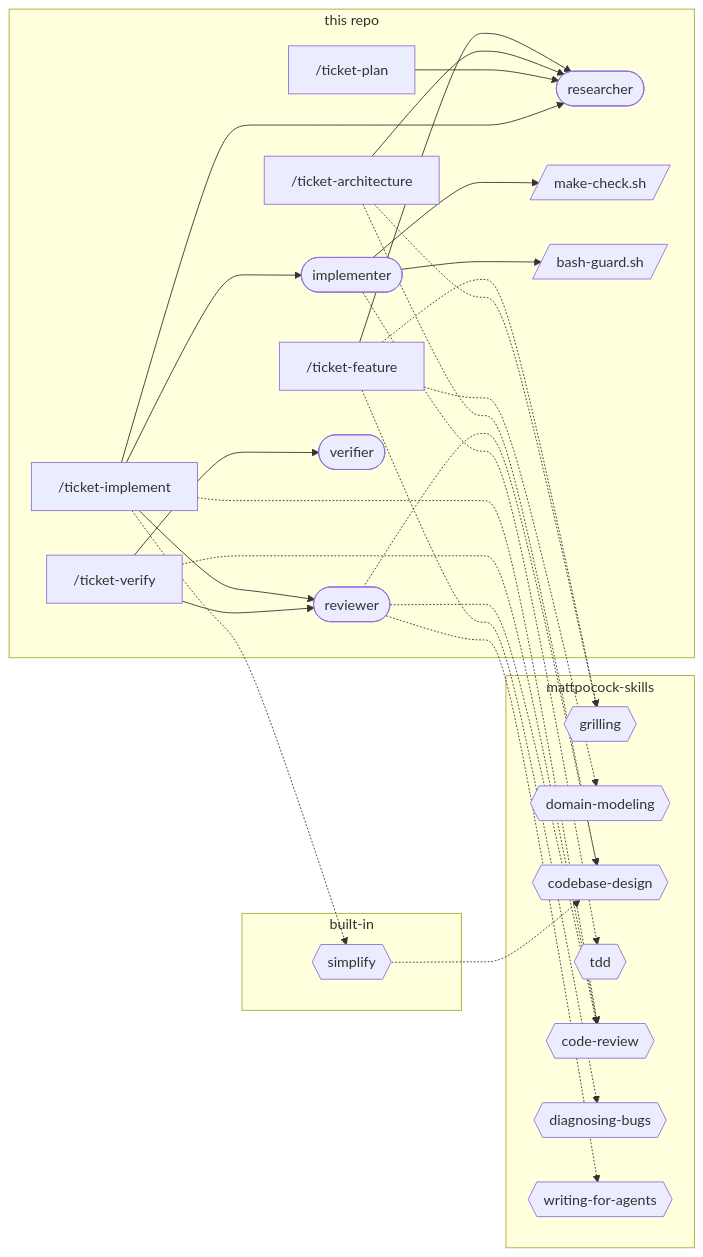
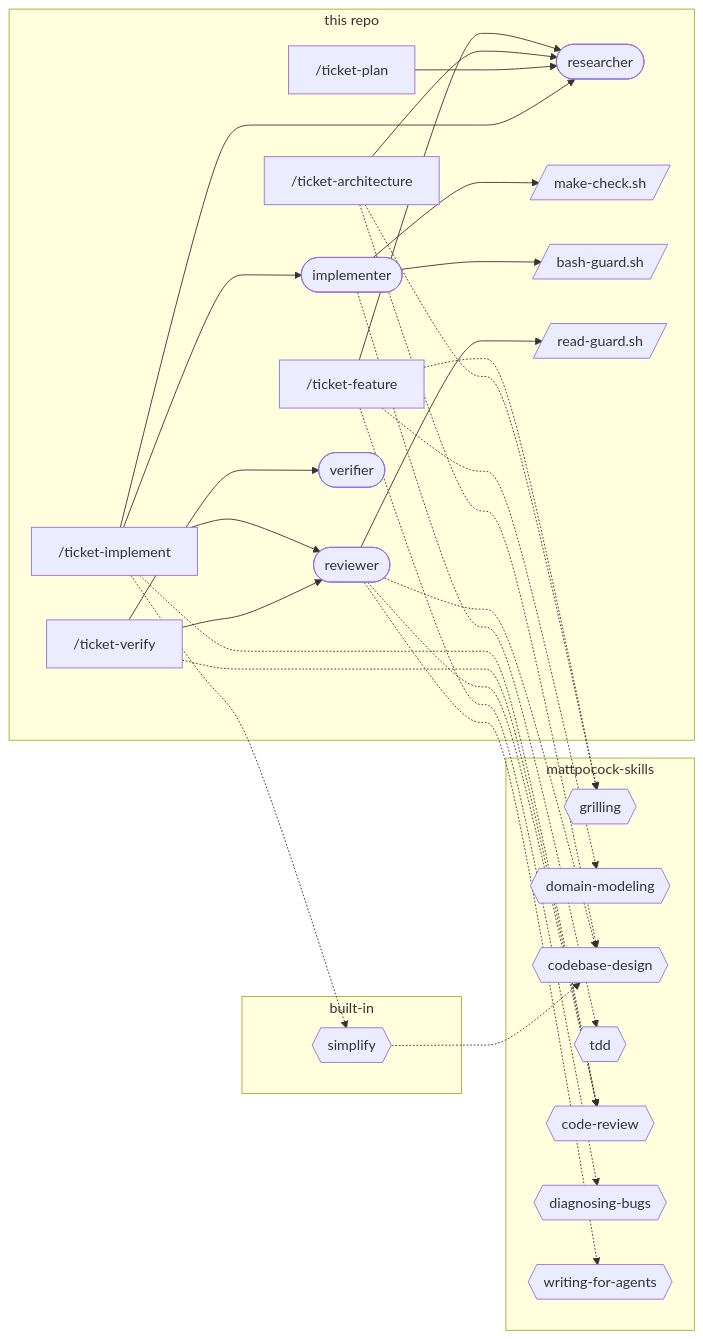
Before and after one commit to khotei/app-template: the second of 3 diagrams in docs/knowledge/sdd.md, drawn with Mermaid. The commit also changed other lines of this file and 3 other files, not shown here.

````diff
--- a/docs/knowledge/sdd.md
+++ b/docs/knowledge/sdd.md
@@ -75,41 +75,43 @@
 ```mermaid
 graph LR
   subgraph ours [this repo]
     feature["/ticket-feature"]
     arch["/ticket-architecture"]
     plan["/ticket-plan"]
     impl["/ticket-implement"]
     verify["/ticket-verify"]
     researcher([researcher])
     implementer([implementer])
     reviewer([reviewer])
     verifier([verifier])
     hook[/make-check.sh/]
     guard[/bash-guard.sh/]
+    readguard[/read-guard.sh/]
   end
   subgraph plugin [mattpocock-skills]
     grilling{{grilling}}
     modeling{{domain-modeling}}
     design{{codebase-design}}
     tdd{{tdd}}
     review{{code-review}}
     diagnosing{{diagnosing-bugs}}
     writing{{writing-for-agents}}
   end
   subgraph builtin [built-in]
     simplify{{simplify}}
   end
   feature -.-> grilling & modeling & diagnosing
   feature --> researcher
   arch -.-> design & grilling
   arch --> researcher
   plan --> researcher
   impl --> implementer & reviewer & researcher
   impl -.-> review & simplify
   simplify -.-> design
   implementer -.-> tdd
   implementer --> hook & guard
   verify --> verifier & reviewer
   verify -.-> review
   reviewer -.-> review & design & writing
+  reviewer --> readguard
 ```
````
